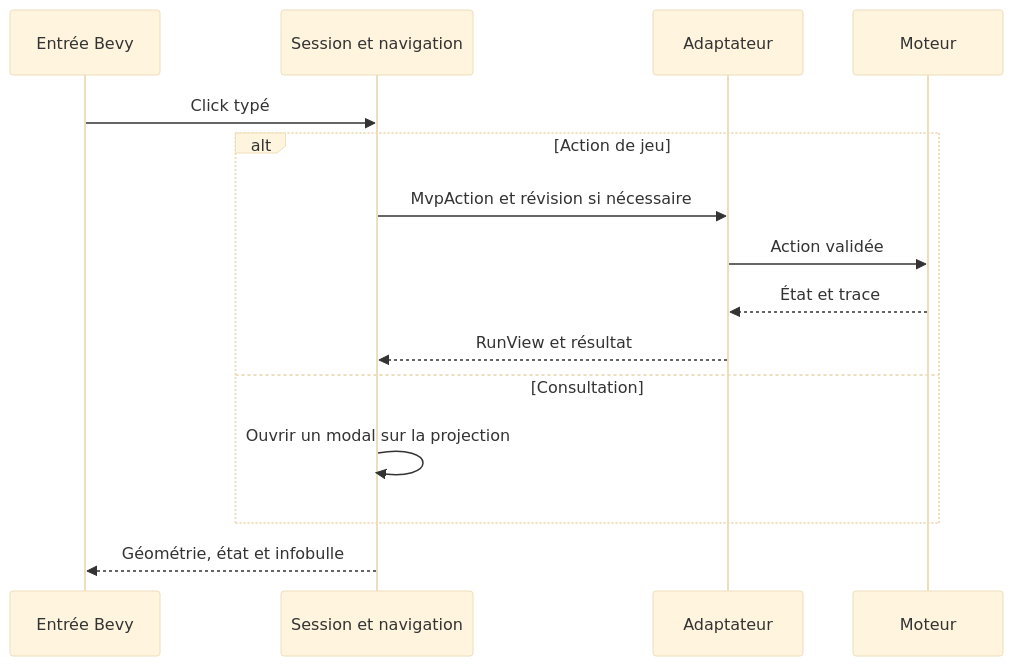
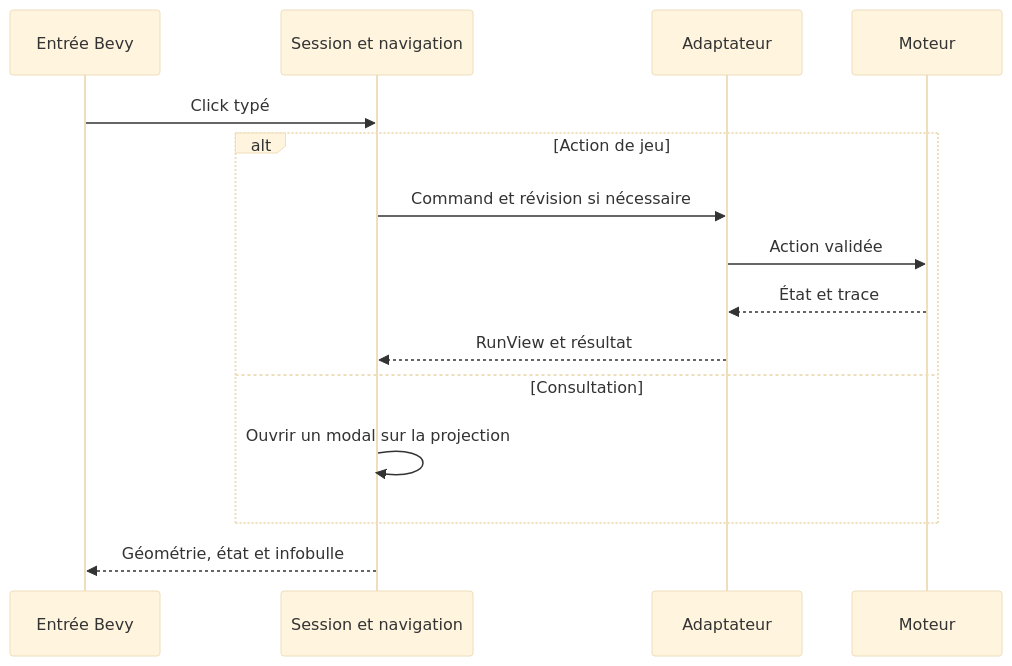
Before and after one commit to Azuuryy/ante: the second of 2 diagrams in docs/UI_BEVY_GUIDE.md, drawn with Mermaid (base theme). The commit also changed other lines of this file and 9 other files, not shown here.

````diff
--- a/docs/UI_BEVY_GUIDE.md
+++ b/docs/UI_BEVY_GUIDE.md
@@ -18,17 +18,17 @@
 ```mermaid
 sequenceDiagram
     participant Input as Entrée Bevy
     participant UI as Session et navigation
     participant M as Adaptateur
     participant E as Moteur
     Input->>UI: Click typé
     alt Action de jeu
-        UI->>M: MvpAction et révision si nécessaire
+        UI->>M: Command et révision si nécessaire
         M->>E: Action validée
         E-->>M: État et trace
         M-->>UI: RunView et résultat
     else Consultation
         UI->>UI: Ouvrir un modal sur la projection
     end
     UI-->>Input: Géométrie, état et infobulle
 ```
````
